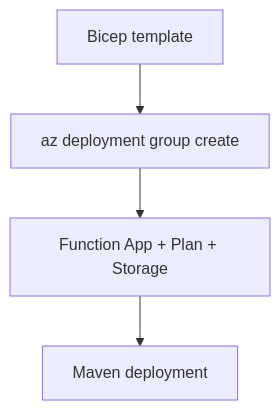
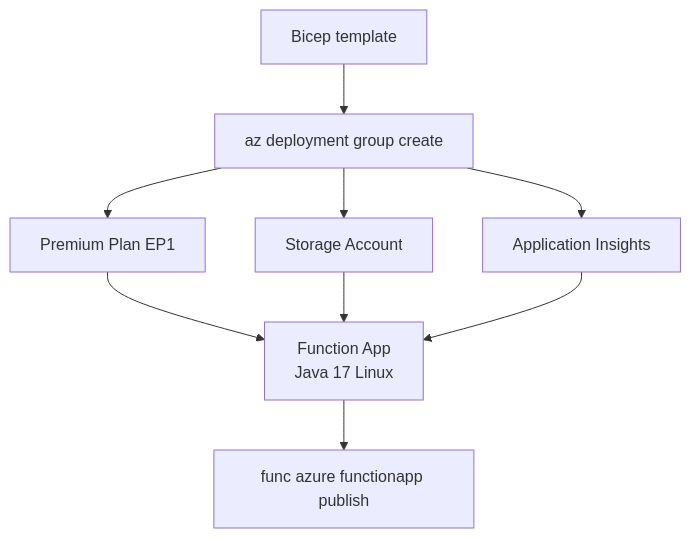
The diagram in docs/language-guides/java/tutorial/premium/05-infrastructure-as-code.md (yeongseon/azure-functions-practical-guide), drawn with Mermaid before and after one commit. The commit also changed other lines of this file and 7 other files, not shown here.

Commit message:
docs: validate and fix Java Premium tutorials 01-07 against live deployment

````diff
--- a/docs/language-guides/java/tutorial/premium/05-infrastructure-as-code.md
+++ b/docs/language-guides/java/tutorial/premium/05-infrastructure-as-code.md
@@ -17,6 +35,11 @@
 ```mermaid
 flowchart TD
     A[Bicep template] --> B[az deployment group create]
-    B --> C[Function App + Plan + Storage]
-    C --> D[Maven deployment]
+    B --> C[Premium Plan EP1]
+    B --> D[Storage Account]
+    B --> E[Application Insights]
+    C --> F[Function App\nJava 17 Linux]
+    D --> F
+    E --> F
+    F --> G["func azure functionapp publish"]
 ```
````
